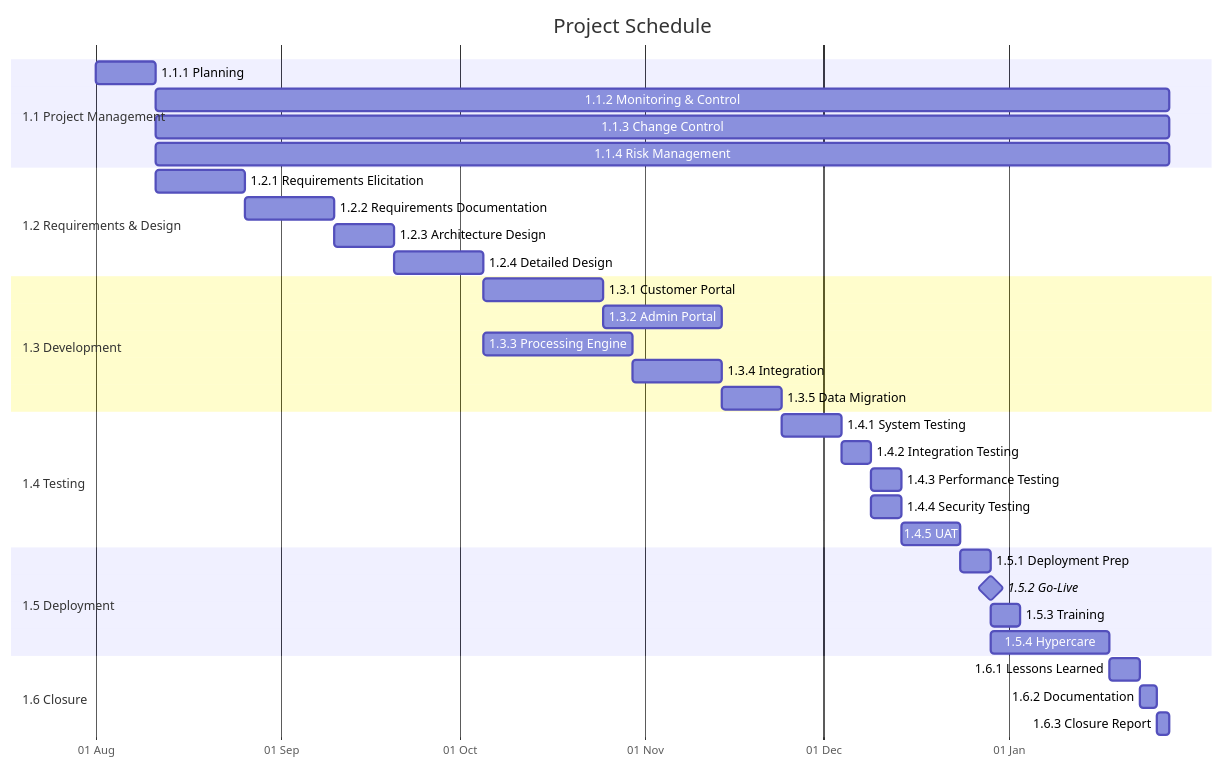
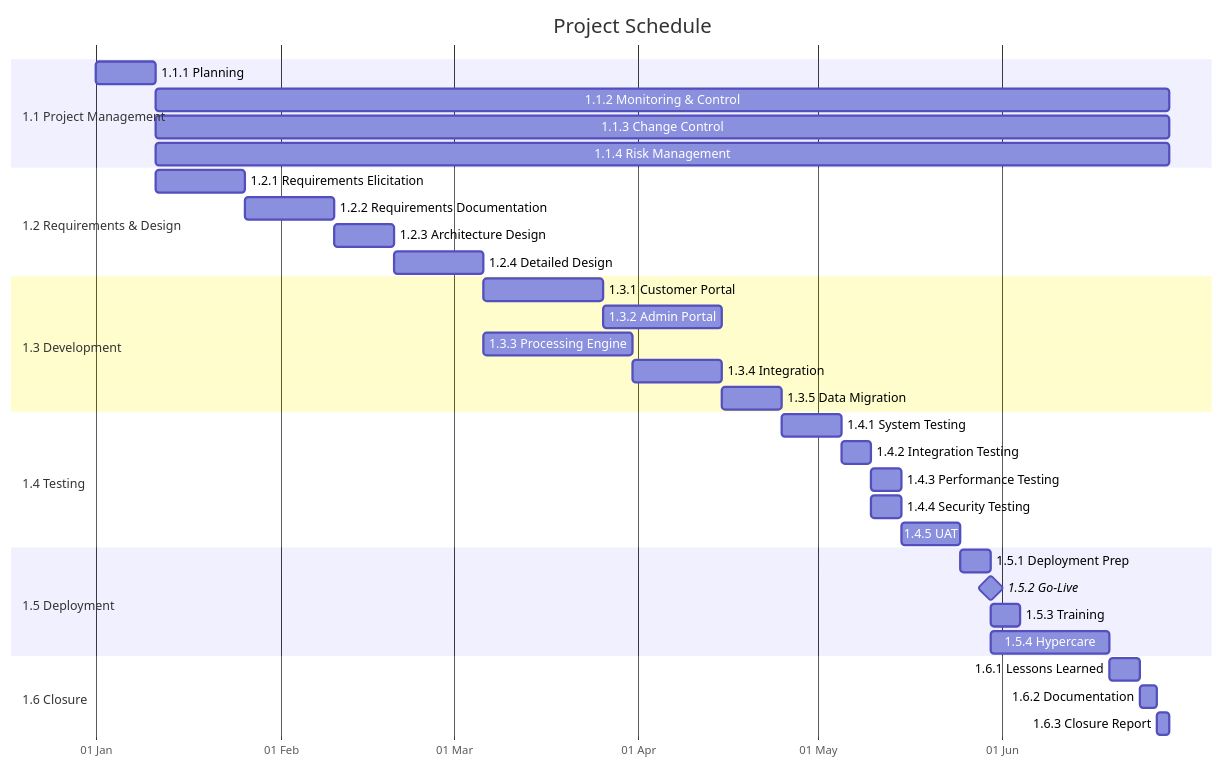
One commit to oat431/swe-knowledge changed the diagram in document-template/05_Project_Management_Planning/Project-Schedule.md. Above: the diagram before and after it, drawn with Mermaid. The commit also changed 56 other files, not shown here.

````diff
--- a/document-template/05_Project_Management_Planning/Project-Schedule.md
+++ b/document-template/05_Project_Management_Planning/Project-Schedule.md
@@ -60,43 +60,44 @@
 ```mermaid
 gantt
     title Project Schedule
     dateFormat YYYY-MM-DD
+    %% Placeholder schedule: base 2000-01-01 = project start; recompute real dates when instantiating
     axisFormat %d %b
 
     section 1.1 Project Management
-    1.1.1 Planning                :a1, 2026-08-01, 10d
-    1.1.2 Monitoring & Control    :a2, 2026-08-11, 170d
-    1.1.3 Change Control          :a3, 2026-08-11, 170d
-    1.1.4 Risk Management         :a4, 2026-08-11, 170d
+    1.1.1 Planning                :a1, 2000-01-01, 10d
+    1.1.2 Monitoring & Control    :a2, 2000-01-11, 170d
+    1.1.3 Change Control          :a3, 2000-01-11, 170d
+    1.1.4 Risk Management         :a4, 2000-01-11, 170d
 
     section 1.2 Requirements & Design
-    1.2.1 Requirements Elicitation  :b1, 2026-08-11, 15d
+    1.2.1 Requirements Elicitation  :b1, 2000-01-11, 15d
     1.2.2 Requirements Documentation :b2, after b1, 15d
     1.2.3 Architecture Design       :b3, after b2, 10d
     1.2.4 Detailed Design           :b4, after b3, 15d
 
     section 1.3 Development
     1.3.1 Customer Portal     :c1, after b4, 20d
     1.3.2 Admin Portal        :c2, after c1, 20d
     1.3.3 Processing Engine   :c3, after b4, 25d
     1.3.4 Integration         :c4, after c3, 15d
     1.3.5 Data Migration      :c5, after c4, 10d
 
     section 1.4 Testing
     1.4.1 System Testing      :d1, after c5, 10d
     1.4.2 Integration Testing :d2, after d1, 5d
     1.4.3 Performance Testing :d3, after d2, 5d
     1.4.4 Security Testing    :d4, after d2, 5d
     1.4.5 UAT                 :d5, after d3, 10d
 
     section 1.5 Deployment
     1.5.1 Deployment Prep     :e1, after d5, 5d
     1.5.2 Go-Live             :milestone, after e1, 0d
     1.5.3 Training            :e2, after e1, 5d
     1.5.4 Hypercare           :e3, after e1, 20d
 
     section 1.6 Closure
     1.6.1 Lessons Learned     :f1, after e3, 5d
     1.6.2 Documentation       :f2, after f1, 3d
     1.6.3 Closure Report      :f3, after f2, 2d
 ```
````
